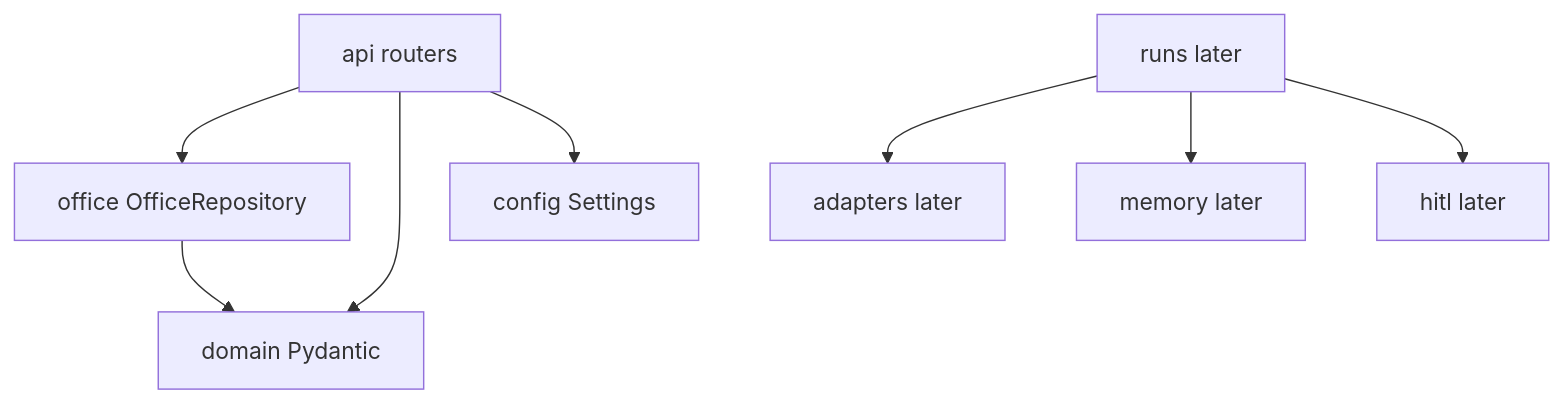
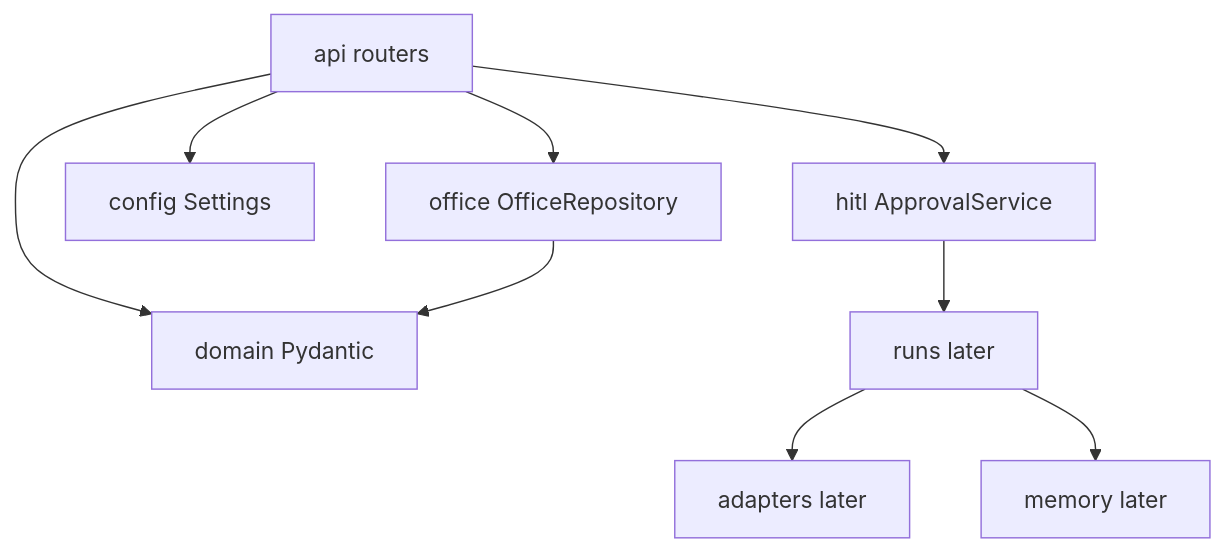
The diagram in docs/architecture/02_MODULES.md (abhishekjasani/AgentAnyStack), drawn with Mermaid before and after one commit. The commit also changed other lines of this file and 23 other files, not shown here.

First line of the commit message:
feat: implement HITL approval board with propose and decide functionality

````diff
--- a/docs/architecture/02_MODULES.md
+++ b/docs/architecture/02_MODULES.md
@@ -5,19 +5,20 @@
 ```mermaid
 flowchart TB
     API[api routers]
     DOM[domain Pydantic]
     OFF[office OfficeRepository]
     CFG[config Settings]
     AD[adapters later]
     MEM[memory later]
     RUN[runs later]
-    HITL[hitl later]
+    HITL[hitl ApprovalService]
 
     API --> OFF
     API --> DOM
     OFF --> DOM
     API --> CFG
     RUN --> AD
     RUN --> MEM
-    RUN --> HITL
+    API --> HITL
+    HITL --> RUN
 ```
````
